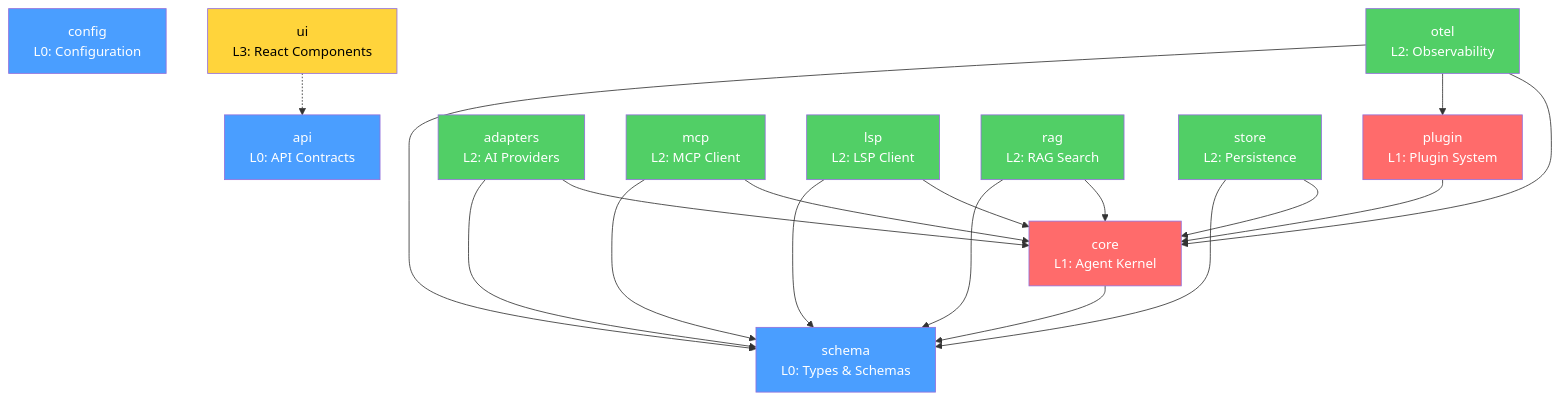
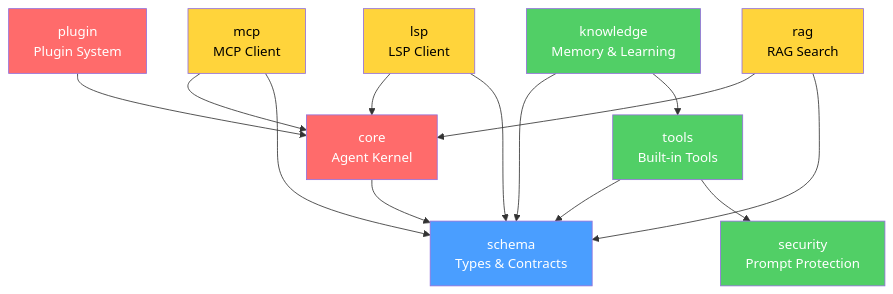
The first of 2 diagrams in docs/README.md (vinhnt-develop/vinhnt-sdk), drawn with Mermaid before and after one commit. The commit also changed other lines of this file and 47 other files, not shown here.

````diff
--- a/docs/README.md
+++ b/docs/README.md
@@ -47,45 +44,35 @@
 ```mermaid
 graph TD
-    schema["schema<br/>L0: Types & Schemas"]
-    config["config<br/>L0: Configuration"]
-    api["api<br/>L0: API Contracts"]
-    core["core<br/>L1: Agent Kernel"]
-    plugin["plugin<br/>L1: Plugin System"]
-    adapters["adapters<br/>L2: AI Providers"]
-    mcp["mcp<br/>L2: MCP Client"]
-    lsp["lsp<br/>L2: LSP Client"]
-    rag["rag<br/>L2: RAG Search"]
-    store["store<br/>L2: Persistence"]
-    otel["otel<br/>L2: Observability"]
-    ui["ui<br/>L3: React Components"]
+    schema["schema<br/>Types & Contracts"]
+    core["core<br/>Agent Kernel"]
+    tools["tools<br/>Built-in Tools"]
+    knowledge["knowledge<br/>Memory & Learning"]
+    security["security<br/>Prompt Protection"]
+    plugin["plugin<br/>Plugin System"]
+    mcp["mcp<br/>MCP Client"]
+    lsp["lsp<br/>LSP Client"]
+    rag["rag<br/>RAG Search"]
 
     core --> schema
+    tools --> schema
+    tools --> security
+    knowledge --> schema
+    knowledge --> tools
     plugin --> core
-    adapters --> core
-    adapters --> schema
     mcp --> core
     mcp --> schema
     lsp --> core
     lsp --> schema
     rag --> core
     rag --> schema
-    store --> core
-    store --> schema
-    otel --> core
-    otel --> plugin
-    otel --> schema
-    ui -.-> api
 
     style schema fill:#4a9eff,color:#fff
-    style config fill:#4a9eff,color:#fff
-    style api fill:#4a9eff,color:#fff
     style core fill:#ff6b6b,color:#fff
+    style tools fill:#51cf66,color:#fff
+    style knowledge fill:#51cf66,color:#fff
+    style security fill:#51cf66,color:#fff
     style plugin fill:#ff6b6b,color:#fff
-    style adapters fill:#51cf66,color:#fff
-    style mcp fill:#51cf66,color:#fff
-    style lsp fill:#51cf66,color:#fff
-    style rag fill:#51cf66,color:#fff
-    style store fill:#51cf66,color:#fff
-    style otel fill:#51cf66,color:#fff
-    style ui fill:#ffd43b,color:#000
+    style mcp fill:#ffd43b,color:#000
+    style lsp fill:#ffd43b,color:#000
+    style rag fill:#ffd43b,color:#000
 ```
````
